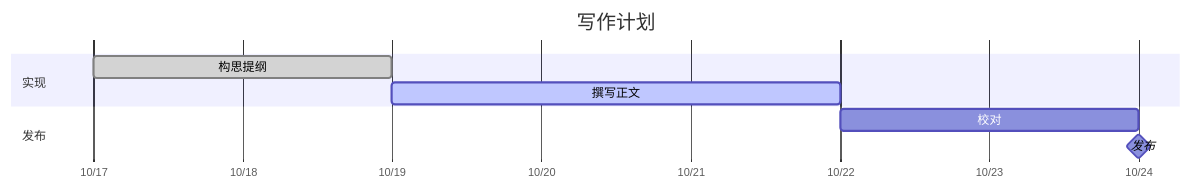
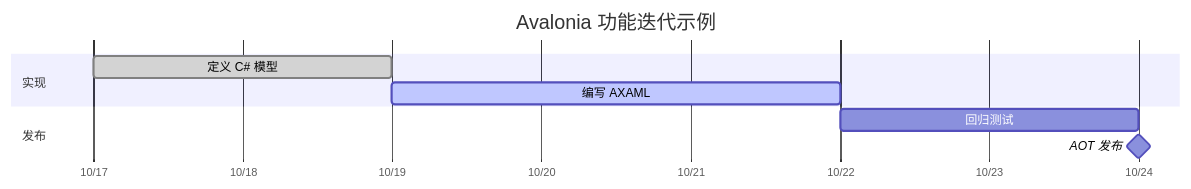
Before and after one commit to dotnet9/Vex: the fifth of 24 diagrams in docs/演示文档/Mermaid 图表图鉴.md, drawn with Mermaid. The commit also changed other lines of this file and 23 other files, not shown here.

Commit message:
完善(演示文档)：围绕 .NET 与 Avalonia 重编示例并补齐 24 类图表

````diff
--- a/docs/演示文档/Mermaid 图表图鉴.md
+++ b/docs/演示文档/Mermaid 图表图鉴.md
@@ -63,13 +66,13 @@
 ```mermaid
 gantt
-  title 写作计划
+  title Avalonia 功能迭代示例
   dateFormat YYYY-MM-DD
   axisFormat %m/%d
   tickInterval 1day
   section 实现
-    构思提纲 :done, a, 2026-10-17, 2d
-    撰写正文 :active, b, after a, 3d
+    定义 C# 模型 :done, a, 2026-10-17, 2d
+    编写 AXAML :active, b, after a, 3d
   section 发布
-    校对 :c, after b, 2d
-    发布 :milestone, after c, 0d
+    回归测试 :c, after b, 2d
+    AOT 发布 :milestone, after c, 0d
 ```
````
